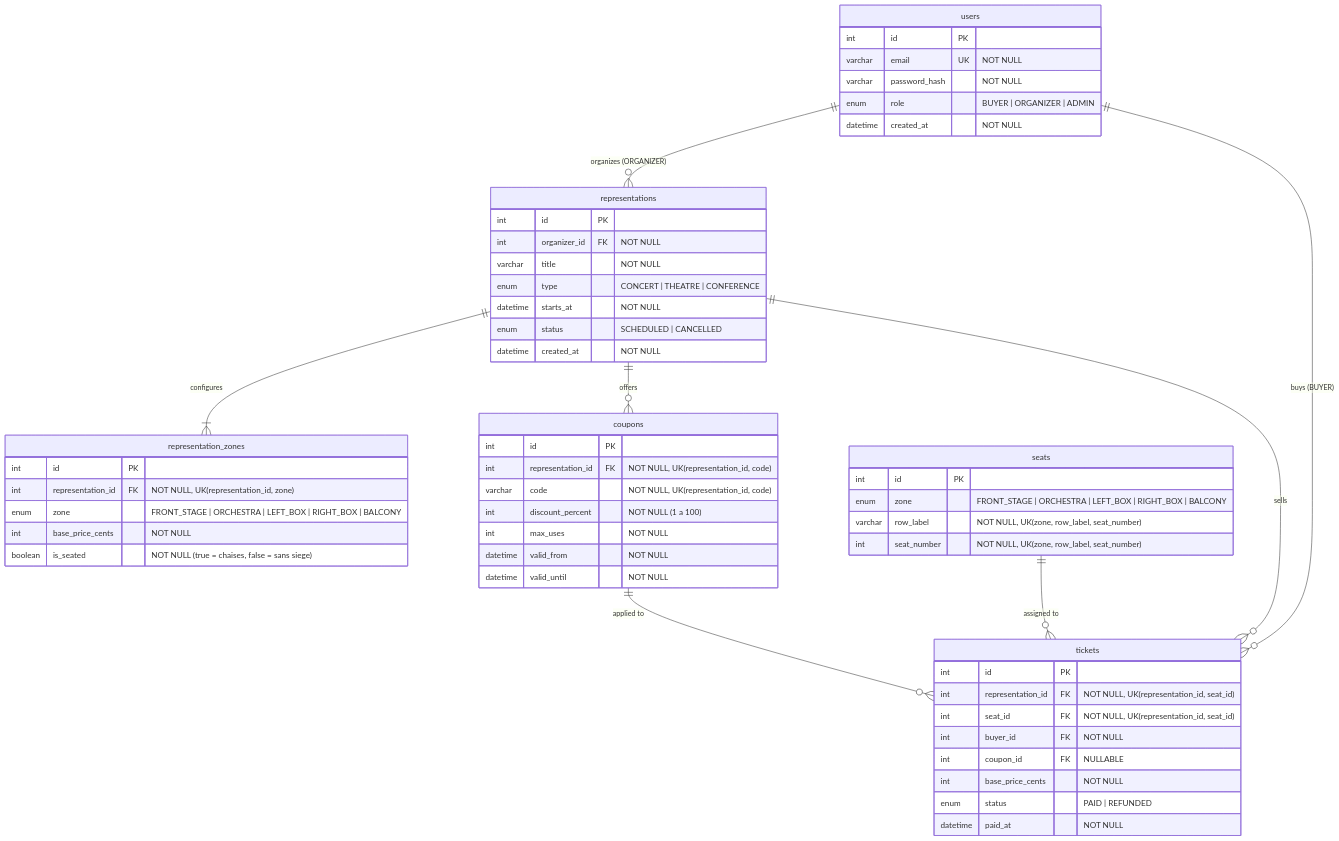
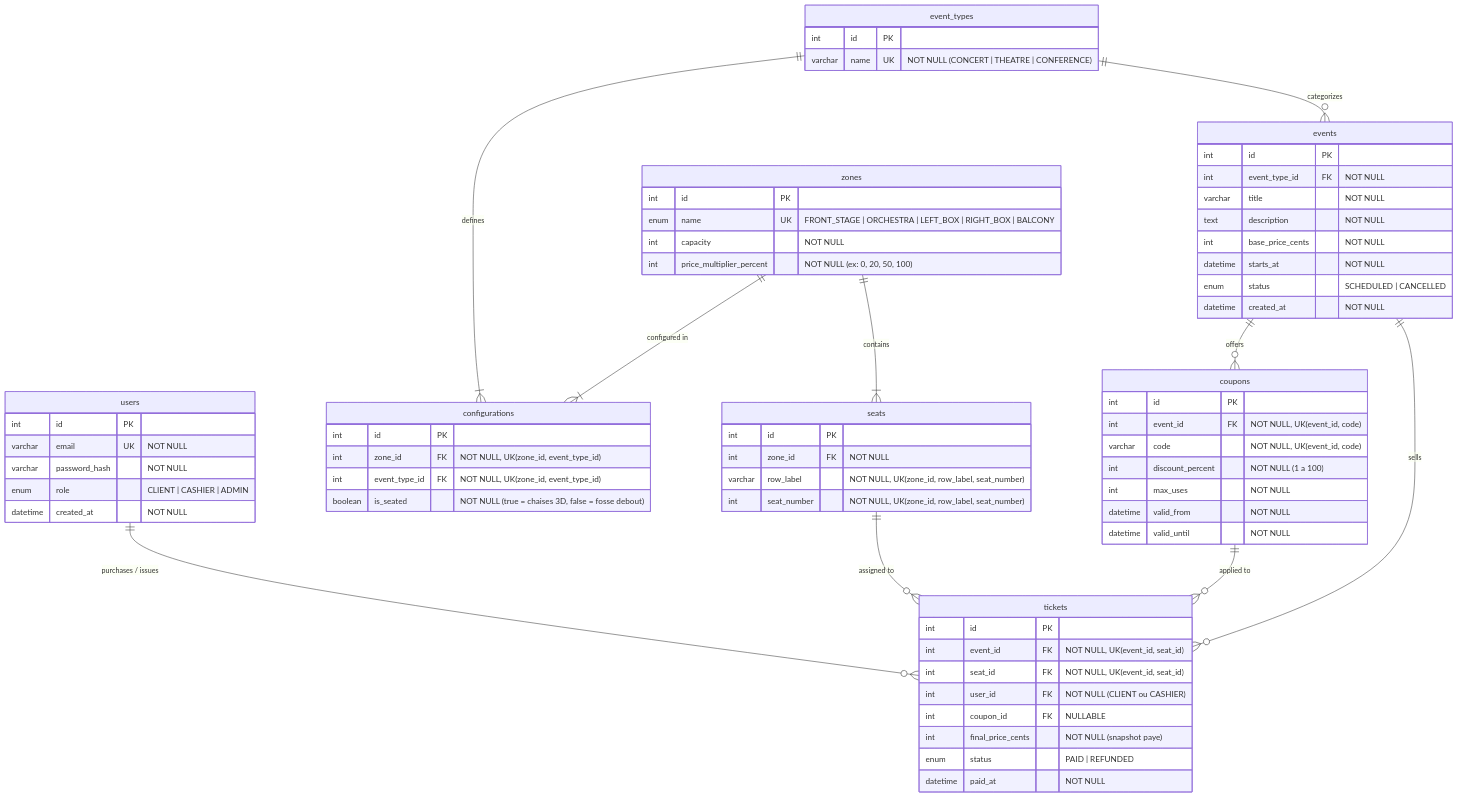
One commit to Houcineee/emc_challenge changed the diagram in docs/MODELE.md. Above: the diagram before and after it, drawn with Mermaid. The commit also changed other lines of this file and 1 other file, not shown here.

Commit message:
chore(docs): update architectural decisions and data model documentation

````diff
--- a/docs/MODELE.md
+++ b/docs/MODELE.md
@@ -7,64 +7,78 @@
 ```mermaid
 erDiagram
-    users ||--o{ representations : "organizes (ORGANIZER)"
-    users ||--o{ tickets : "buys (BUYER)"
-    representations ||--|{ representation_zones : "configures"
-    representations ||--o{ coupons : "offers"
-    representations ||--o{ tickets : "sells"
+    users ||--o{ tickets : "purchases / issues"
+    event_types ||--|{ configurations : "defines"
+    event_types ||--o{ events : "categorizes"
+    zones ||--|{ configurations : "configured in"
+    zones ||--|{ seats : "contains"
+    events ||--o{ coupons : "offers"
+    events ||--o{ tickets : "sells"
     seats ||--o{ tickets : "assigned to"
     coupons ||--o{ tickets : "applied to"
 
     users {
         int id PK
         varchar email UK "NOT NULL"
         varchar password_hash "NOT NULL"
-        enum role "BUYER | ORGANIZER | ADMIN"
+        enum role "CLIENT | CASHIER | ADMIN"
         datetime created_at "NOT NULL"
+    }
+
+    zones {
+        int id PK
+        enum name UK "FRONT_STAGE | ORCHESTRA | LEFT_BOX | RIGHT_BOX | BALCONY"
+        int capacity "NOT NULL"
+        int price_multiplier_percent "NOT NULL (ex: 0, 20, 50, 100)"
     }
 
     seats {
         int id PK
-        enum zone "FRONT_STAGE | ORCHESTRA | LEFT_BOX | RIGHT_BOX | BALCONY"
-        varchar row_label "NOT NULL, UK(zone, row_label, seat_number)"
-        int seat_number "NOT NULL, UK(zone, row_label, seat_number)"
+        int zone_id FK "NOT NULL"
+        varchar row_label "NOT NULL, UK(zone_id, row_label, seat_number)"
+        int seat_number "NOT NULL, UK(zone_id, row_label, seat_number)"
     }
 
-    representations {
+    event_types {
         int id PK
-        int organizer_id FK "NOT NULL"
+        varchar name UK "NOT NULL (CONCERT | THEATRE | CONFERENCE)"
+    }
+
+    configurations {
+        int id PK
+        int zone_id FK "NOT NULL, UK(zone_id, event_type_id)"
+        int event_type_id FK "NOT NULL, UK(zone_id, event_type_id)"
+        boolean is_seated "NOT NULL (true = chaises 3D, false = fosse debout)"
+    }
+
+    events {
+        int id PK
+        int event_type_id FK "NOT NULL"
         varchar title "NOT NULL"
-        enum type "CONCERT | THEATRE | CONFERENCE"
+        text description "NOT NULL"
+        int base_price_cents "NOT NULL"
         datetime starts_at "NOT NULL"
         enum status "SCHEDULED | CANCELLED"
         datetime created_at "NOT NULL"
     }
 
-    representation_zones {
-        int id PK
-        int representation_id FK "NOT NULL, UK(representation_id, zone)"
-        enum zone "FRONT_STAGE | ORCHESTRA | LEFT_BOX | RIGHT_BOX | BALCONY"
-        int base_price_cents "NOT NULL"
-        boolean is_seated "NOT NULL (true = chaises, false = sans siege)"
-    }
-
     coupons {
         int id PK
-        int representation_id FK "NOT NULL, UK(representation_id, code)"
-        varchar code "NOT NULL, UK(representation_id, code)"
+        int event_id FK "NOT NULL, UK(event_id, code)"
+        varchar code "NOT NULL, UK(event_id, code)"
         int discount_percent "NOT NULL (1 a 100)"
         int max_uses "NOT NULL"
         datetime valid_from "NOT NULL"
         datetime valid_until "NOT NULL"
     }
 
     tickets {
         int id PK
-        int representation_id FK "NOT NULL, UK(representation_id, seat_id)"
-        int seat_id FK "NOT NULL, UK(representation_id, seat_id)"
-        int buyer_id FK "NOT NULL"
+        int event_id FK "NOT NULL, UK(event_id, seat_id)"
+        int seat_id FK "NOT NULL, UK(event_id, seat_id)"
+        int user_id FK "NOT NULL (CLIENT ou CASHIER)"
         int coupon_id FK "NULLABLE"
-        int base_price_cents "NOT NULL"
+        int final_price_cents "NOT NULL (snapshot paye)"
         enum status "PAID | REFUNDED"
         datetime paid_at "NOT NULL"
     }
 ```
````
